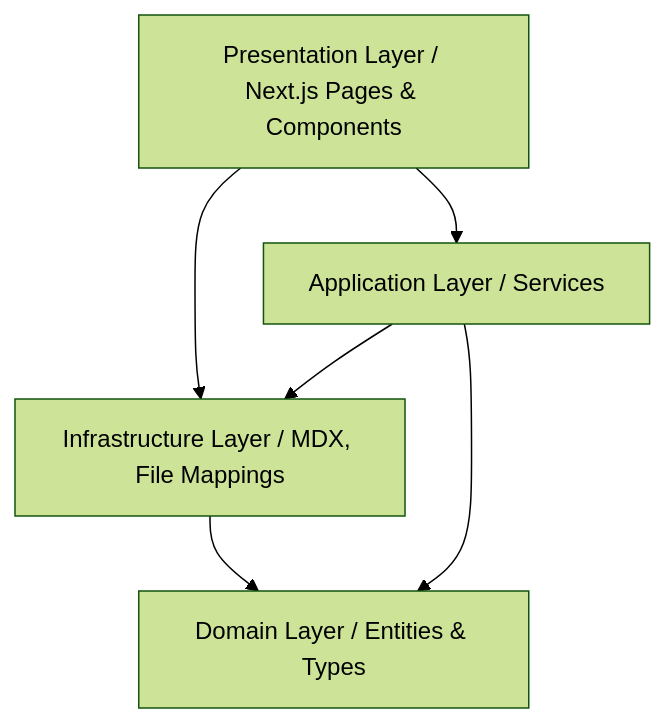
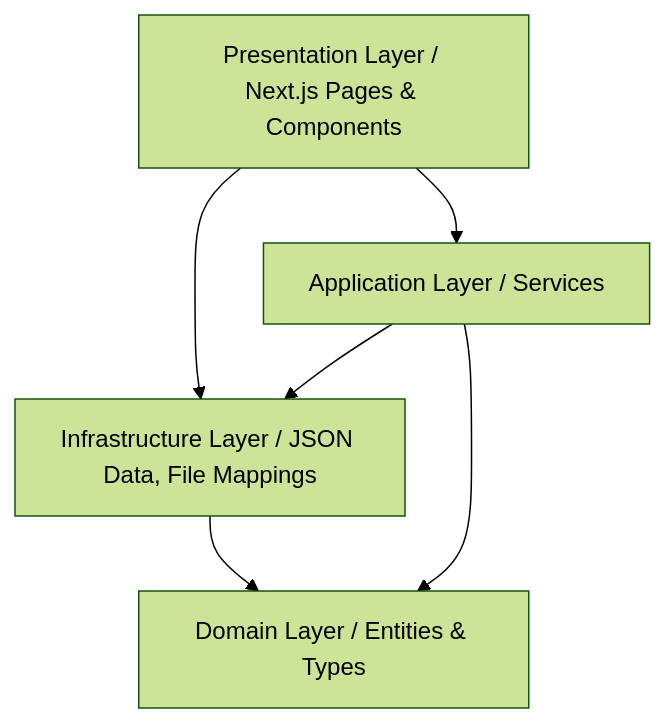
One commit to mstefa/mstefa changed the diagram in docs/architecture.md. Above: the diagram before and after it, drawn with Mermaid (forest theme). The commit also changed other lines of this file and 33 other files, not shown here.

````diff
--- a/docs/architecture.md
+++ b/docs/architecture.md
@@ -9,15 +9,15 @@
 ```mermaid
 graph TD
     %% Define layers
     Presentation[Presentation Layer / Next.js Pages & Components]
-    Infrastructure[Infrastructure Layer / MDX, File Mappings]
+    Infrastructure[Infrastructure Layer / JSON Data, File Mappings]
     Application[Application Layer / Services]
     Domain[Domain Layer / Entities & Types]
 
     %% Dependencies flow inward
     Presentation --> Application
     Presentation --> Infrastructure
     Infrastructure --> Domain
     Application --> Domain
     Application --> Infrastructure
 ```
````
